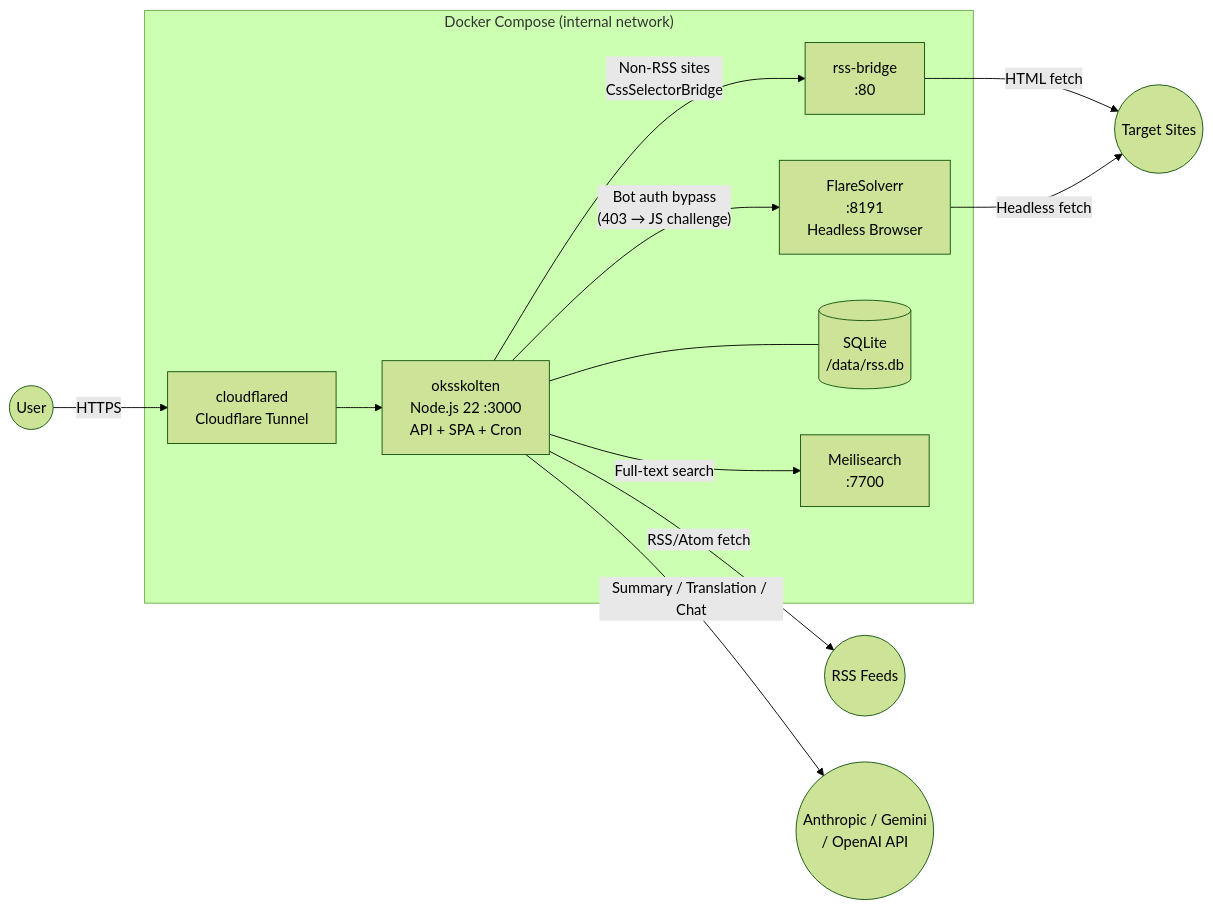
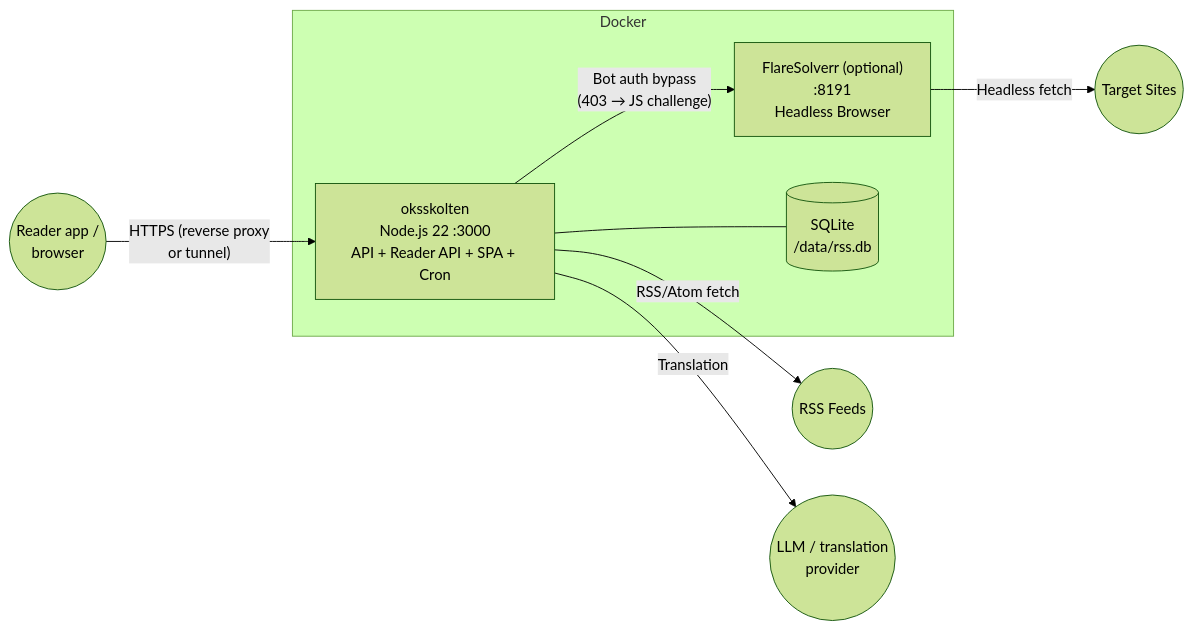
One commit to leeclissett/oksskolten changed the diagram in docs/spec/01_overview.md. Above: the diagram before and after it, drawn with Mermaid (forest theme). The commit also changed other lines of this file and 155 other files, not shown here.

````diff
--- a/docs/spec/01_overview.md
+++ b/docs/spec/01_overview.md
@@ -44,25 +41,18 @@
 ```mermaid
 graph LR
-    user(("User"))
-    user -- "HTTPS" --> cloudflared
+    client(("Reader app /<br/>browser"))
+    client -- "HTTPS (reverse proxy<br/>or tunnel)" --> app
 
-    subgraph docker["Docker Compose (internal network)"]
-        cloudflared["cloudflared<br/>Cloudflare Tunnel"]
-        app["oksskolten<br/>Node.js 22 :3000<br/>API + SPA + Cron"]
-        bridge["rss-bridge<br/>:80"]
-        flare["FlareSolverr<br/>:8191<br/>Headless Browser"]
+    subgraph docker["Docker"]
+        app["oksskolten<br/>Node.js 22 :3000<br/>API + Reader API + SPA + Cron"]
+        flare["FlareSolverr (optional)<br/>:8191<br/>Headless Browser"]
         sqlite[("SQLite<br/>/data/rss.db")]
-        meili["Meilisearch<br/>:7700"]
 
-        cloudflared --> app
-        app -- "Non-RSS sites<br/>CssSelectorBridge" --> bridge
         app -- "Bot auth bypass<br/>(403 → JS challenge)" --> flare
         app --- sqlite
-        app -- "Full-text search" --> meili
     end
 
     app -- "RSS/Atom fetch" --> rss(("RSS Feeds"))
-    app -- "Summary / Translation / Chat" --> llm(("Anthropic / Gemini<br/>/ OpenAI API"))
-    bridge -- "HTML fetch" --> web(("Target Sites"))
-    flare -- "Headless fetch" --> web
+    app -- "Translation" --> llm(("LLM / translation<br/>provider"))
+    flare -- "Headless fetch" --> web(("Target Sites"))
 ```
````
